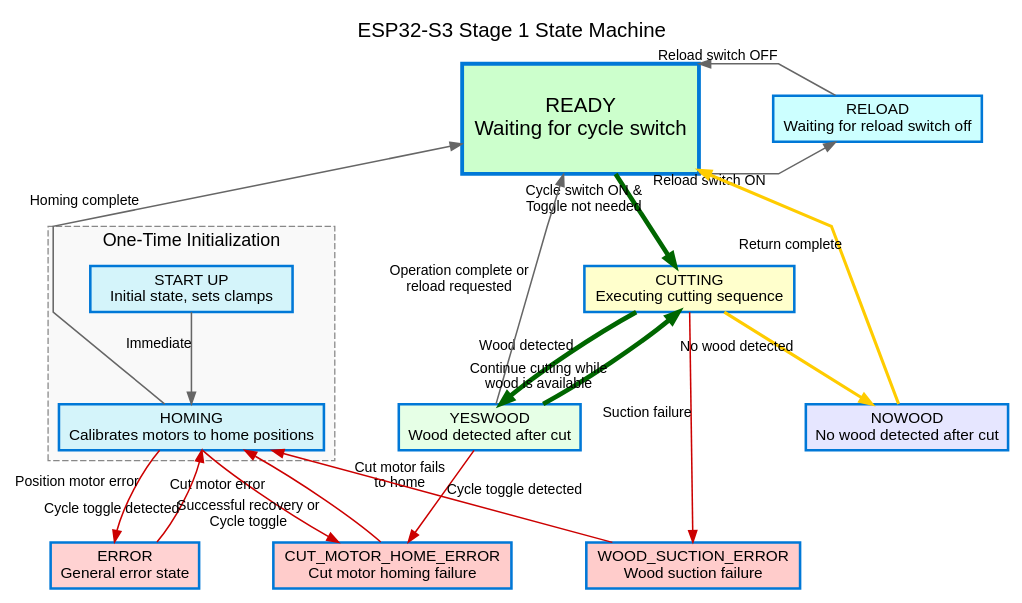
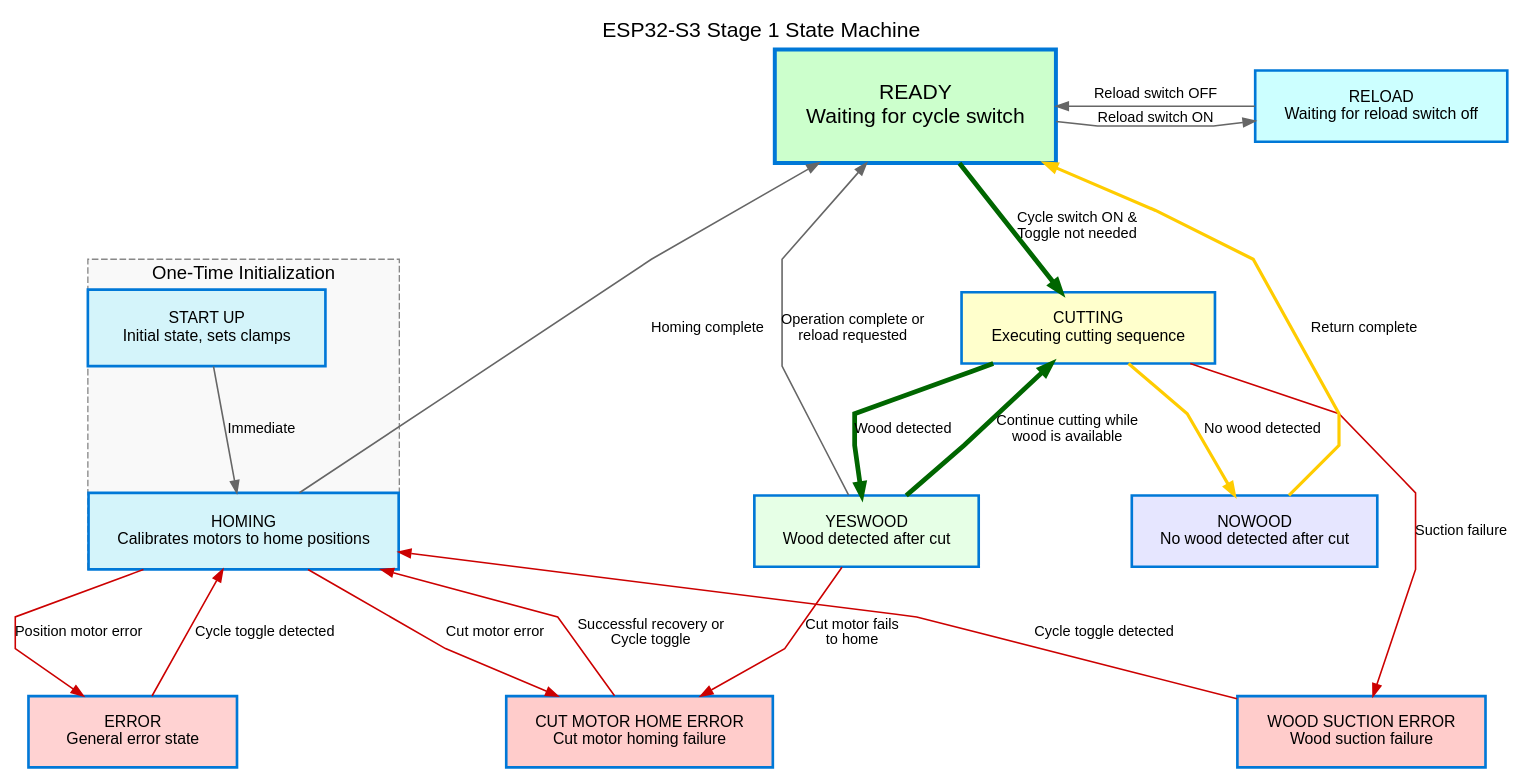
Before and after one commit to akivaweil/Stage-1-Mar25: the diagram in flowcharts/state_machine.dot, drawn with Graphviz. The commit also changed 1 other file, not shown here.

Commit message:
Update flowchart: make all error paths red and use sharper 90-degree turns

```diff
--- a/flowcharts/state_machine.dot
+++ b/flowcharts/state_machine.dot
@@ -1,66 +1,90 @@
 digraph StateMachine {
-    // Graph styling
-    graph [fontname="Arial", fontsize=16, nodesep=0.8, ranksep=1.0];
-    node [fontname="Arial", fontsize=12, shape=box, style="filled", fillcolor="#E0F4FF", color="#0078D7", penwidth=2.0];
-    edge [fontname="Arial", fontsize=11, color="#666666", penwidth=1.2, arrowsize=0.9];
+    // Basic graph settings for layout
+    graph [
+        rankdir = TB,         // Top to bottom layout
+        fontname = "Arial",
+        fontsize = 16,
+        nodesep = 0.8,
+        ranksep = 1.0,
+        splines = "polyline", // Forces straight line segments with sharp turns
+        margin = 0.5          // Add some margin to prevent cutoff
+    ];
     
-    // For right-angled lines
-    splines="polyline";
+    // Node styling
+    node [
+        shape = box,
+        style = "filled",
+        fontname = "Arial",
+        fontsize = 12,
+        fillcolor = "#E0F4FF",
+        color = "#0078D7",
+        penwidth = 2.0,
+        margin = "0.3,0.2"    // Add internal margin to prevent text cutoff
+    ];
+    
+    // Edge styling 
+    edge [
+        fontname = "Arial",
+        fontsize = 11,
+        color = "#666666",
+        penwidth = 1.2,
+        arrowsize = 0.9
+    ];
     
     // Title
-    labelloc="t";
-    label="ESP32-S3 Stage 1 State Machine";
-
+    labelloc = "t";
+    label = "ESP32-S3 Stage 1 State Machine";
+    
     // State nodes with descriptive labels
-    STARTUP [label="START UP\nInitial state, sets clamps", fillcolor="#D4F4FA", group=init, width=2.2];
-    HOMING [label="HOMING\nCalibrates motors to home positions", fillcolor="#D4F4FA", group=init];
-    READY [label="READY\nWaiting for cycle switch", fillcolor="#CCFFCC", fontsize=16, width=1.8, height=1.2, penwidth=3.0];
-    RELOAD [label="RELOAD\nWaiting for reload switch off", fillcolor="#CCFFFF"];
-    CUTTING [label="CUTTING\nExecuting cutting sequence", fillcolor="#FFFFCC"];
-    YESWOOD [label="YESWOOD\nWood detected after cut", fillcolor="#E6FFE6"];
-    NOWOOD [label="NOWOOD\nNo wood detected after cut", fillcolor="#E6E6FF"];
-    ERROR [label="ERROR\nGeneral error state", fillcolor="#FFD2D2"];
-    WOOD_SUCTION_ERROR [label="WOOD_SUCTION_ERROR\nWood suction failure", fillcolor="#FFCCCB"];
-    CUT_MOTOR_HOME_ERROR [label="CUT_MOTOR_HOME_ERROR\nCut motor homing failure", fillcolor="#FFCCCB"];
-
-    // Define initialization box
+    START_UP [label="START UP\nInitial state, sets clamps", fillcolor="#D4F4FA", height=0.8, width=2.5];
+    HOMING [label="HOMING\nCalibrates motors to home positions", fillcolor="#D4F4FA", height=0.8, width=2.5];
+    READY [label="READY\nWaiting for cycle switch", fillcolor="#CCFFCC", fontsize=16, width=2.0, height=1.2, penwidth=3.0];
+    RELOAD [label="RELOAD\nWaiting for reload switch off", fillcolor="#CCFFFF", width=2.2];
+    CUTTING [label="CUTTING\nExecuting cutting sequence", fillcolor="#FFFFCC", width=2.2];
+    YESWOOD [label="YESWOOD\nWood detected after cut", fillcolor="#E6FFE6", width=2.2];
+    NOWOOD [label="NOWOOD\nNo wood detected after cut", fillcolor="#E6E6FF", width=2.2];
+    ERROR [label="ERROR\nGeneral error state", fillcolor="#FFD2D2", width=2.2];
+    WOOD_SUCTION_ERROR [label="WOOD SUCTION ERROR\nWood suction failure", fillcolor="#FFCCCB", width=2.5];
+    CUT_MOTOR_HOME_ERROR [label="CUT MOTOR HOME ERROR\nCut motor homing failure", fillcolor="#FFCCCB", width=2.5];
+    
+    // Define initialization section
     subgraph cluster_init {
-        label="One-Time Initialization";
-        style="dashed";
-        color="#888888";
-        fontsize=14;
-        bgcolor="#F9F9F9";
-        STARTUP; HOMING;
+        label = "One-Time Initialization";
+        style = "dashed";
+        color = "#888888";
+        fontsize = 14;
+        bgcolor = "#F9F9F9";
+        START_UP; HOMING;
     }
-
+    
     // Transition edges
-    STARTUP -> HOMING [xlabel="Immediate"];
+    START_UP -> HOMING [label="Immediate"];
     
-    HOMING -> READY [xlabel="Homing complete"];
-    HOMING -> ERROR [xlabel="Position motor error", color="#CC0000"];
-    HOMING -> CUT_MOTOR_HOME_ERROR [xlabel="Cut motor error", color="#CC0000"];
+    HOMING -> READY [label="Homing complete"];
+    HOMING -> ERROR [label="Position motor error", color="#CC0000"];
+    HOMING -> CUT_MOTOR_HOME_ERROR [label="Cut motor error", color="#CC0000"];
     
-    READY -> RELOAD [xlabel="Reload switch ON"];
-    READY -> CUTTING [xlabel="Cycle switch ON &\nToggle not needed", color="#006600", penwidth=3.6];
+    READY -> RELOAD [label="Reload switch ON"];
+    READY -> CUTTING [label="Cycle switch ON &\nToggle not needed", color="#006600", penwidth=3.6];
     
-    RELOAD -> READY [xlabel="Reload switch OFF"];
+    RELOAD -> READY [label="Reload switch OFF"];
     
-    CUTTING -> YESWOOD [xlabel="Wood detected", color="#006600", penwidth=3.6];
-    CUTTING -> NOWOOD [xlabel="No wood detected", color="#FFCC00", penwidth=2.4];
-    CUTTING -> WOOD_SUCTION_ERROR [xlabel="Suction failure", color="#CC0000"];
+    CUTTING -> YESWOOD [label="Wood detected", color="#006600", penwidth=3.6];
+    CUTTING -> NOWOOD [label="No wood detected", color="#FFCC00", penwidth=2.4];
+    CUTTING -> WOOD_SUCTION_ERROR [label="Suction failure", color="#CC0000"];
     
-    YESWOOD -> READY [xlabel="Operation complete or\nreload requested"];
-    YESWOOD -> CUTTING [xlabel="Continue cutting while\nwood is available", color="#006600", penwidth=3.6];
-    YESWOOD -> CUT_MOTOR_HOME_ERROR [xlabel="Cut motor fails\nto home", color="#CC0000"];
+    YESWOOD -> READY [label="Operation complete or\nreload requested"];
+    YESWOOD -> CUTTING [label="Continue cutting while\nwood is available", color="#006600", penwidth=3.6];
+    YESWOOD -> CUT_MOTOR_HOME_ERROR [label="Cut motor fails\nto home", color="#CC0000"];
     
-    NOWOOD -> READY [xlabel="Return complete", color="#FFCC00", penwidth=2.4];
+    NOWOOD -> READY [label="Return complete", color="#FFCC00", penwidth=2.4];
     
-    ERROR -> HOMING [xlabel="Cycle toggle detected", color="#CC0000"];
-    WOOD_SUCTION_ERROR -> HOMING [xlabel="Cycle toggle detected", color="#CC0000"];
-    CUT_MOTOR_HOME_ERROR -> HOMING [xlabel="Successful recovery or\nCycle toggle", color="#CC0000"];
-
-    // Formatting to improve layout
+    ERROR -> HOMING [label="Cycle toggle detected", color="#CC0000"];
+    WOOD_SUCTION_ERROR -> HOMING [label="Cycle toggle detected", color="#CC0000"];
+    CUT_MOTOR_HOME_ERROR -> HOMING [label="Successful recovery or\nCycle toggle", color="#CC0000"];
+    
+    // Layout constraints
     { rank=same; READY RELOAD }
     { rank=same; YESWOOD NOWOOD }
     { rank=same; ERROR WOOD_SUCTION_ERROR CUT_MOTOR_HOME_ERROR }
 } 
```
